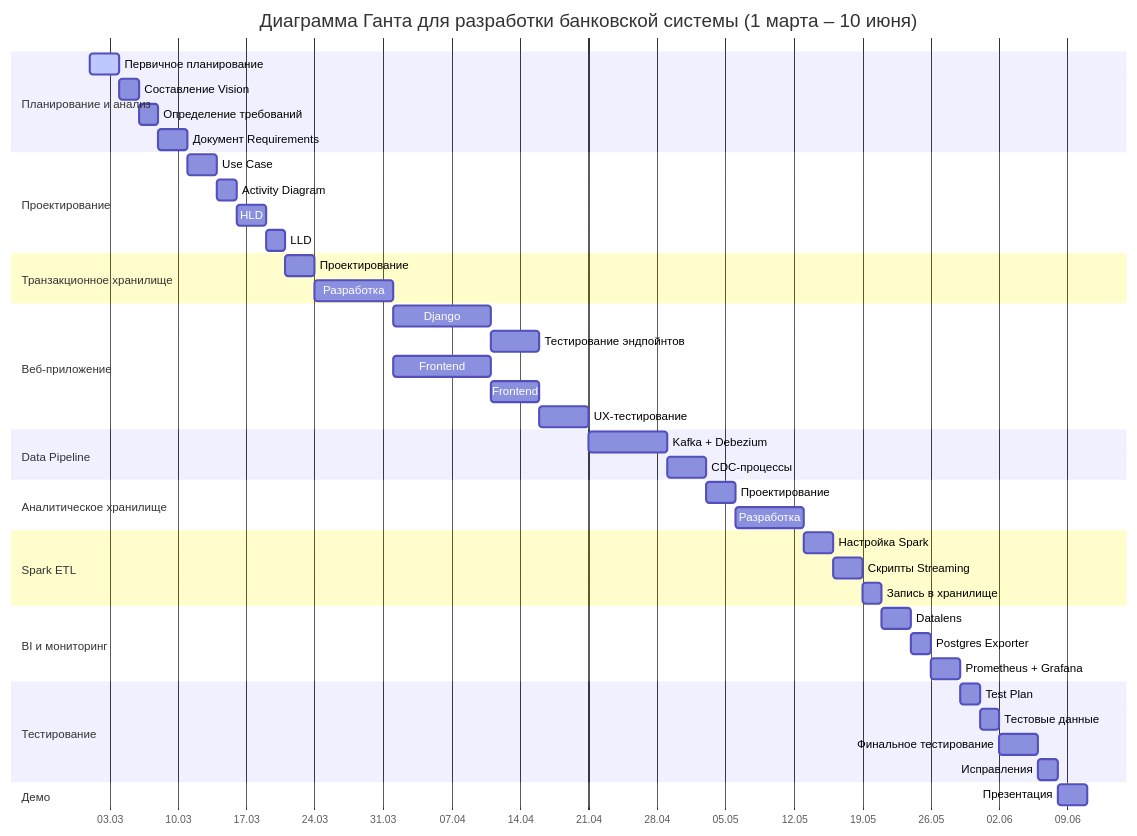
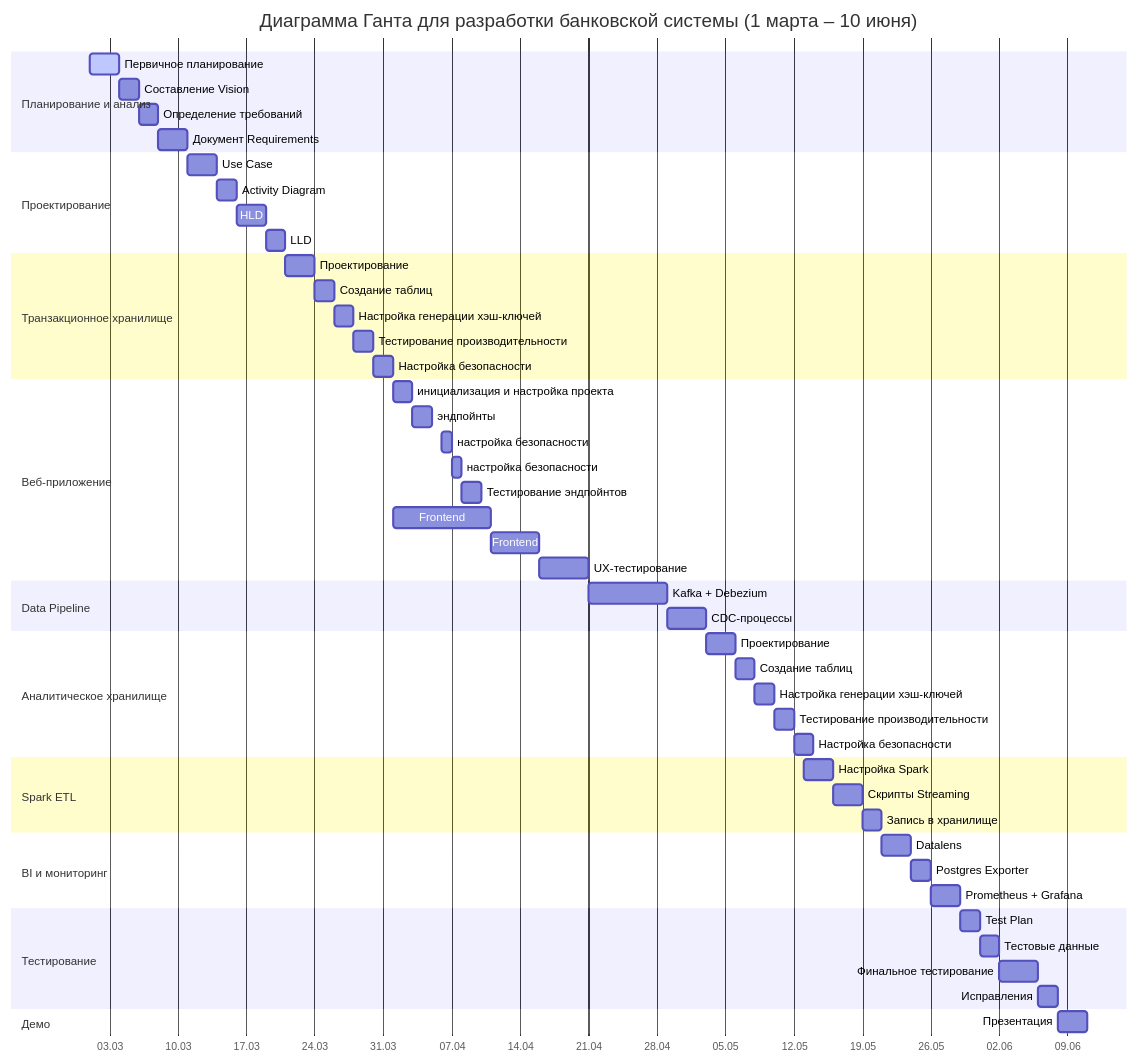
The diagram in README.md (dmitriysmetanin/data-pipeline-ex-1), drawn with Mermaid before and after one commit.

````diff
--- a/README.md
+++ b/README.md
@@ -50,56 +50,65 @@
 ```mermaid
 gantt
     title Диаграмма Ганта для разработки банковской системы (1 марта – 10 июня)
     dateFormat  YYYY-MM-DD
     axisFormat %d.%m
 
     section Планирование и анализ
     Первичное планирование          :active, p1, 2024-03-01, 3d
     Составление Vision             :p2, after p1, 2d
     Определение требований         :p3, after p2, 2d
     Документ Requirements          :p4, after p3, 3d
 
     section Проектирование
     Use Case                       :2024-03-11, 3d
     Activity Diagram               :2024-03-14, 2d
     HLD                            :2024-03-16, 3d
     LLD                            :2024-03-19, 2d
 
     section Транзакционное хранилище
     Проектирование                 :2024-03-21, 3d
-    Разработка                     :2024-03-24, 8d
+    Создание таблиц                     :2024-03-24, 2d
+Настройка генерации хэш-ключей                     :2024-03-26, 2d
+  Тестирование производительности                     :2024-03-28, 2d
+    Настройка безопасности    :2024-03-30, 2d
 
     section Веб-приложение
-    Django: эндпойнты              :2024-04-01, 10d
-    Тестирование эндпойнтов        :2024-04-11, 5d
+    инициализация и настройка проекта              :2024-04-01, 2d
+    эндпойнты              :2024-04-03, 2d
+    настройка безопасности              :2024-04-06, 1d
+    настройка безопасности              :2024-04-07, 1d
+    Тестирование эндпойнтов        :2024-04-08, 2d
     Frontend: представления        :2024-04-01, 10d
     Frontend: дизайн               :2024-04-11, 5d
     UX-тестирование                :2024-04-16, 5d
 
     section Data Pipeline
     Kafka + Debezium               :2024-04-21, 8d
     CDC-процессы                   :2024-04-29, 4d
 
     section Аналитическое хранилище
     Проектирование                 :2024-05-03, 3d
-    Разработка                     :2024-05-06, 7d
+    Создание таблиц                     :2024-05-06, 2d
+Настройка генерации хэш-ключей                     :2024-05-08, 2d
+  Тестирование производительности                     :2024-05-10, 2d
+    Настройка безопасности    :2024-05-12, 2d
 
     section Spark ETL
     Настройка Spark                :2024-05-13, 3d
     Скрипты Streaming              :2024-05-16, 3d
     Запись в хранилище             :2024-05-19, 2d
 
     section BI и мониторинг
     Datalens                       :2024-05-21, 3d
     Postgres Exporter              :2024-05-24, 2d
     Prometheus + Grafana           :2024-05-26, 3d
 
     section Тестирование
     Test Plan                      :2024-05-29, 2d
     Тестовые данные                :2024-05-31, 2d
     Финальное тестирование         :2024-06-02, 4d
     Исправления                    :2024-06-06, 2d
 
     section Демо
     Презентация                    :2024-06-08, 3d
 ```
````
